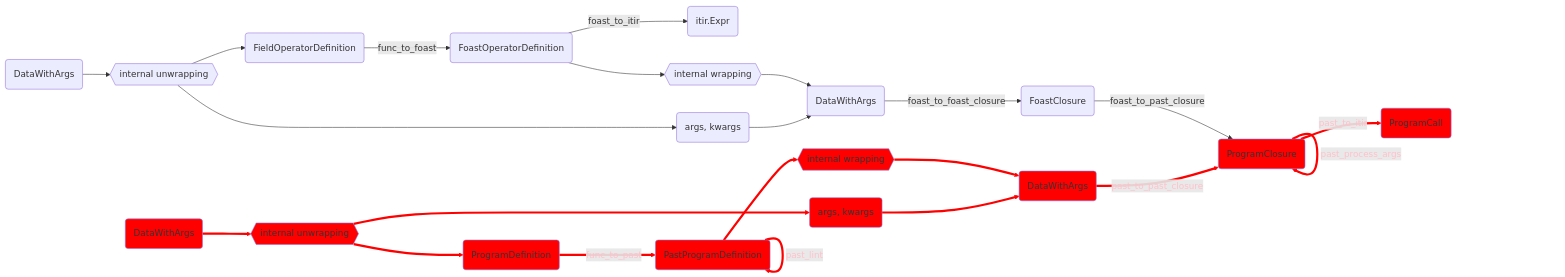
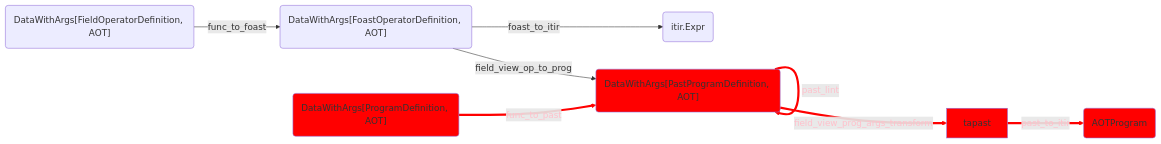
One commit to GridTools/gt4py changed the tenth of 10 diagrams in docs/user/next/advanced/ToolchainWalkthrough.md. Above: the diagram before and after it, drawn with Mermaid. The commit also changed other lines of this file and 10 other files, not shown here.

````diff
--- a/docs/user/next/advanced/ToolchainWalkthrough.md
+++ b/docs/user/next/advanced/ToolchainWalkthrough.md
@@ -556,37 +366,18 @@
 ```mermaid
 graph LR
 
-fdef(FieldOperatorDefinition) -->|func_to_foast| foast(FoastOperatorDefinition)
+fdef("DataWithArgs[FieldOperatorDefinition, AOT]") -->|func_to_foast| foast("DataWithArgs[FoastOperatorDefinition, AOT]")
 foast -->|foast_to_itir| itir_expr(itir.Expr)
-foasta -->|foast_to_foast_closure| fclos(FoastClosure)
-fclos -->|foast_to_past_closure| pclos(PastClosure)
-pclos -->|past_process_args| pclos
-pclos -->|past_to_itir| pcall(ProgramCall)
+foast -->|field_view_op_to_prog| past("DataWithArgs[PastProgramDefinition, AOT]")
+past -->|past_lint| past
+past -->|field_view_prog_args_transform| tapast
+tapast -->|past_to_itir| pcall(AOTProgram)
 
-pdef(ProgramDefinition) -->|func_to_past| past(PastProgramDefinition)
-past -->|past_lint| past
-pasta -->|past_to_past_closure| pclos(ProgramClosure)
+pdef("DataWithArgs[ProgramDefinition, AOT]") -->|func_to_past| past("DataWithArgs[PastProgramDefinition, AOT]")
 
-fdefa(DataWithArgs) --> fuwr{{"internal unwrapping"}} --> fdef
-fuwr --> fargs(args, kwargs)
-
-foast --> fiwr{{"internal wrapping"}} --> foasta(DataWithArgs)
-fargs --> foasta
-
-pdefa(DataWithArgs) --> puwr{{"internal unwrapping"}} --> pdef
-puwr --> pargs(args, kwargs)
-
-past --> piwr{{"internal wrapping"}} --> pasta(DataWithArgs)
-pargs --> pasta
-
-style pdefa fill:red
-style puwr fill:red
 style pdef fill:red
-style pargs fill:red
 style past fill:red
-style piwr fill:red
-style pasta fill:red
-style pclos fill:red
+style tapast fill:red
 style pcall fill:red
-linkStyle 4,5,6,7,8,15,16,17,18,19,20 stroke:red,stroke-width:4px,color:pink
+linkStyle 3,4,5,6 stroke:red,stroke-width:4px,color:pink
 ```
````
